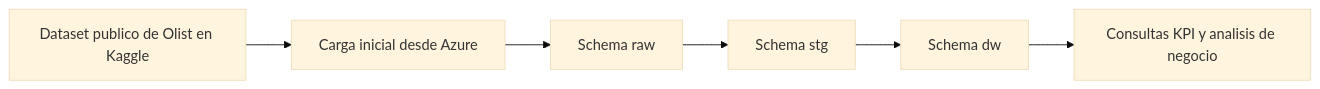
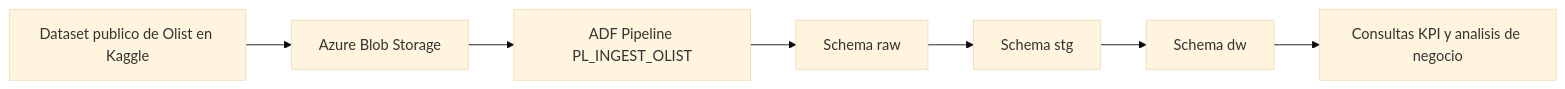
One commit to aaccasanic/Olist_Data_Warehouse_Project changed the diagram in README.md. Above: the diagram before and after it, drawn with Mermaid (base theme). The commit also changed other lines of this file, not shown here.

````diff
--- a/README.md
+++ b/README.md
@@ -34,8 +34,9 @@
 ```mermaid
 flowchart LR
-    A["Dataset publico de Olist en Kaggle"] --> B["Carga inicial desde Azure"]
-    B --> C["Schema raw"]
-    C --> D["Schema stg"]
-    D --> E["Schema dw"]
-    E --> F["Consultas KPI y analisis de negocio"]
+    A["Dataset publico de Olist en Kaggle"] --> B["Azure Blob Storage"]
+    B --> C["ADF Pipeline PL_INGEST_OLIST"]
+    C --> D["Schema raw"]
+    D --> E["Schema stg"]
+    E --> F["Schema dw"]
+    F --> G["Consultas KPI y analisis de negocio"]
 ```
````
